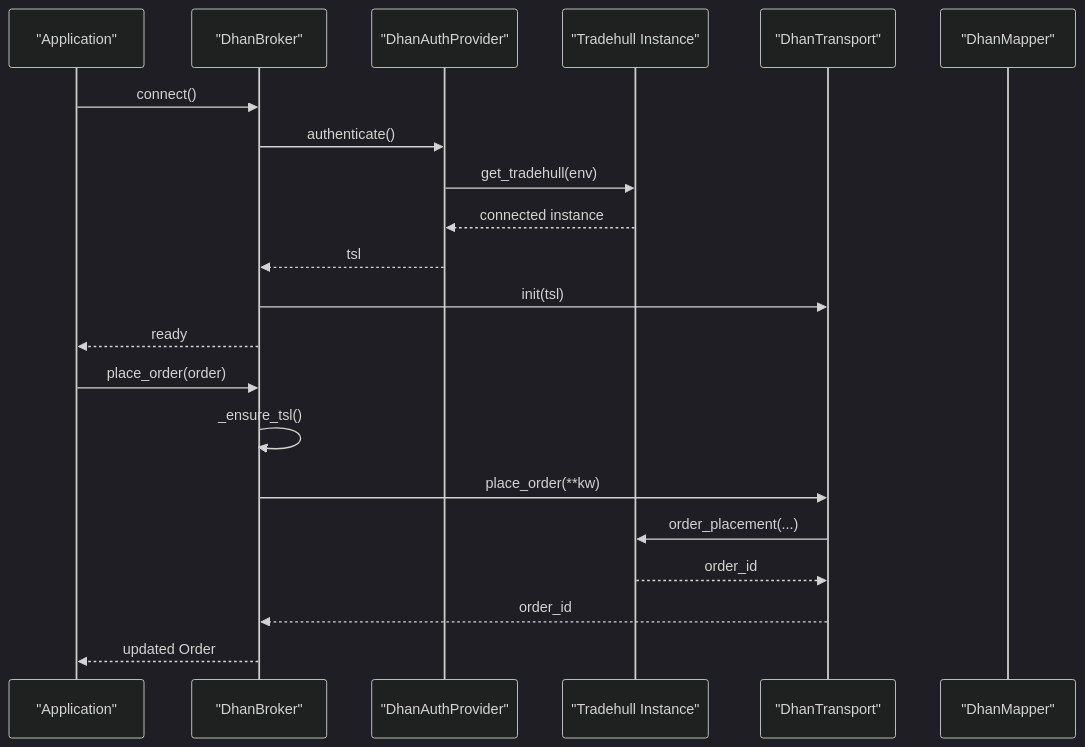
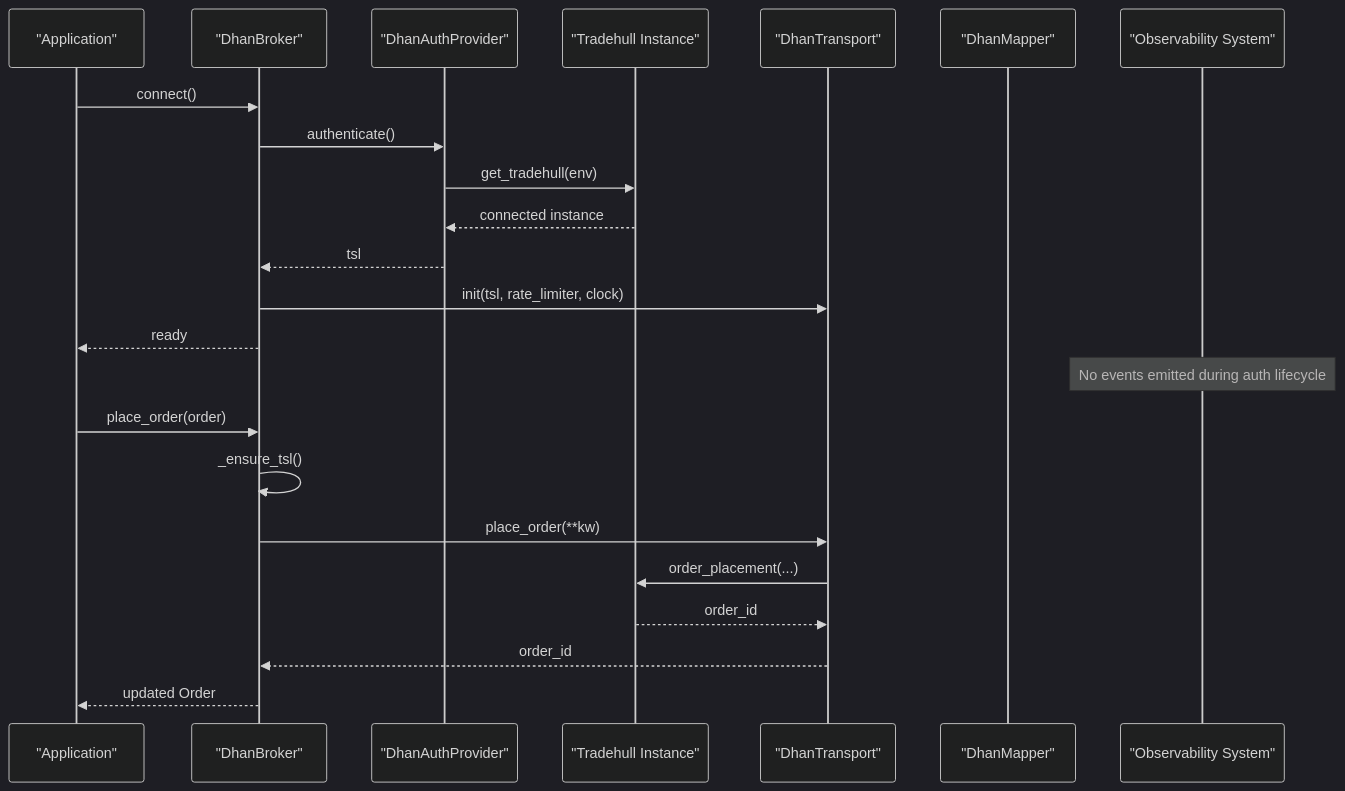
One commit to Ganesh-Kusundal/nTrade changed the second of 10 diagrams in .qoder/repowiki/en/content/Broker Integration/Dhan Broker Implementation.md. Above: the diagram before and after it, drawn with Mermaid (dark theme). The commit also changed other lines of this file and 331 other files, not shown here.

````diff
--- a/.qoder/repowiki/en/content/Broker Integration/Dhan Broker Implementation.md
+++ b/.qoder/repowiki/en/content/Broker Integration/Dhan Broker Implementation.md
@@ -112,23 +129,25 @@
 ```mermaid
 sequenceDiagram
 participant App as "Application"
 participant Broker as "DhanBroker"
 participant Auth as "DhanAuthProvider"
 participant TSL as "Tradehull Instance"
 participant Trans as "DhanTransport"
 participant Map as "DhanMapper"
+participant Obs as "Observability System"
 App->>Broker : connect()
 Broker->>Auth : authenticate()
 Auth->>TSL : get_tradehull(env)
 TSL-->>Auth : connected instance
 Auth-->>Broker : tsl
-Broker->>Trans : init(tsl)
+Broker->>Trans : init(tsl, rate_limiter, clock)
 Broker-->>App : ready
+Note over Obs : No events emitted during auth lifecycle
 App->>Broker : place_order(order)
 Broker->>Broker : _ensure_tsl()
 Broker->>Trans : place_order(**kw)
 Trans->>TSL : order_placement(...)
 TSL-->>Trans : order_id
 Trans-->>Broker : order_id
 Broker-->>App : updated Order
 ```
````
